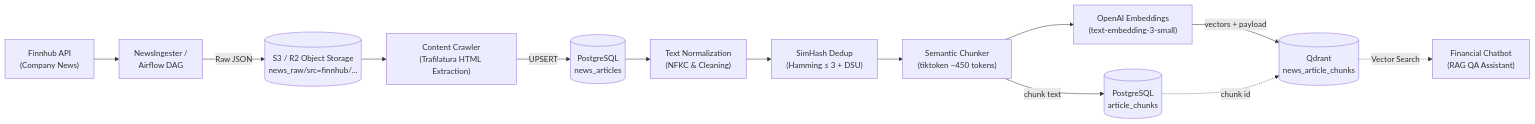
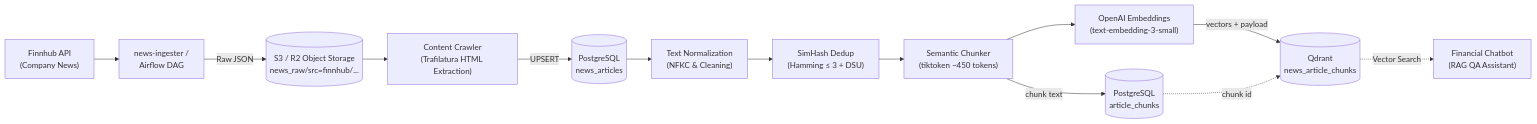
Before and after one commit to kasync-lang/Kstock: the fifth of 5 diagrams in README.md, drawn with Mermaid. The commit also changed other lines of this file and 429 other files, not shown here.

````diff
--- a/README.md
+++ b/README.md
@@ -201,18 +268,18 @@
 ```mermaid
 flowchart LR
-    Finn["Finnhub API\n(Company News)"] --> Ingest["NewsIngester /\nAirflow DAG"]
+    Finn["Finnhub API\n(Company News)"] --> Ingest["news-ingester /\nAirflow DAG"]
     Ingest -->|Raw JSON| S3[("S3 / R2 Object Storage\nnews_raw/src=finnhub/...")]
     
     S3 --> Crawl["Content Crawler\n(Trafilatura HTML Extraction)"]
     Crawl -->|UPSERT| PG_Art[("PostgreSQL\nnews_articles")]
     
     PG_Art --> Cleaner["Text Normalization\n(NFKC & Cleaning)"]
     Cleaner --> SimHash["SimHash Dedup\n(Hamming ≤ 3 + DSU)"]
     SimHash --> Chunker["Semantic Chunker\n(tiktoken ~450 tokens)"]
     Chunker -->|chunk text| PG_Chunk[("PostgreSQL\narticle_chunks")]
     Chunker --> Embed["OpenAI Embeddings\n(text-embedding-3-small)"]
     Embed -->|vectors + payload| QDRANT[("Qdrant\nnews_article_chunks")]
     
     PG_Chunk -.->|chunk id| QDRANT
     QDRANT -.->|Vector Search| Chat["Financial Chatbot\n(RAG QA Assistant)"]
 ```
````
